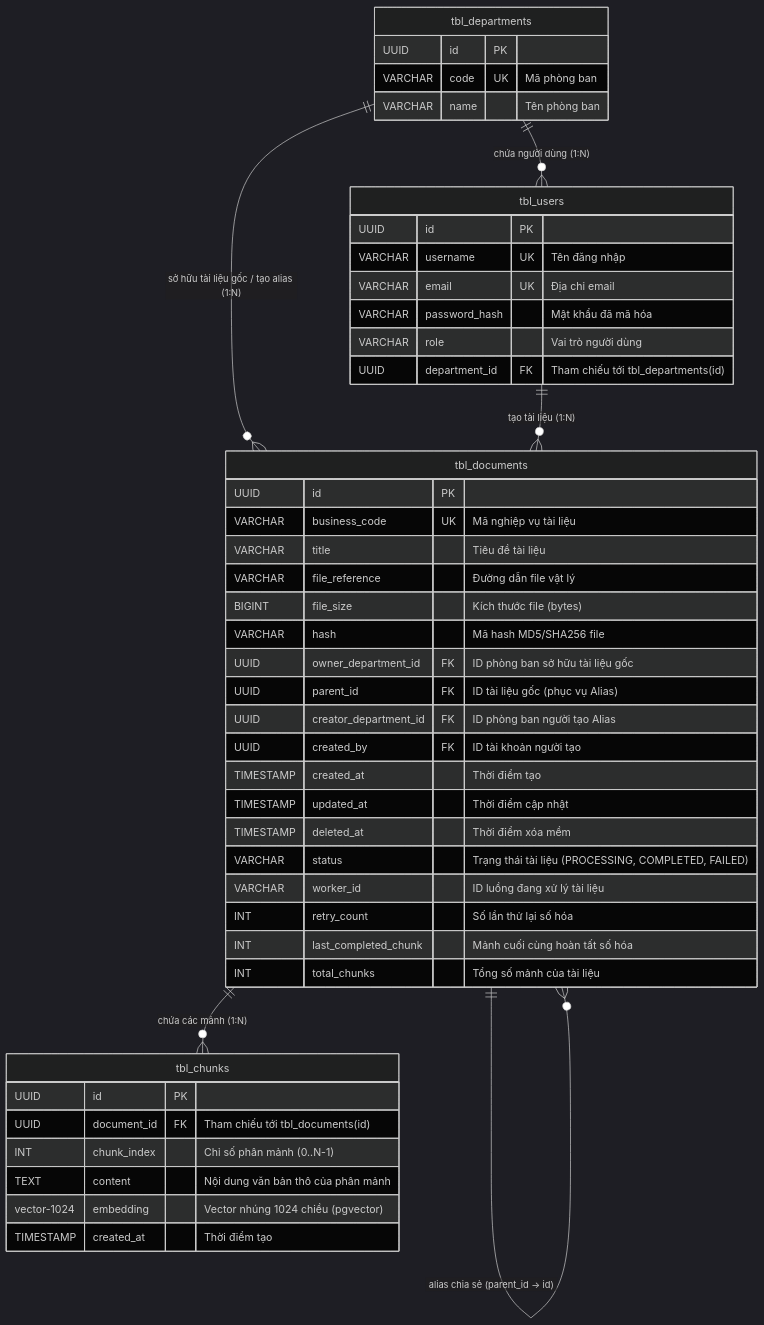
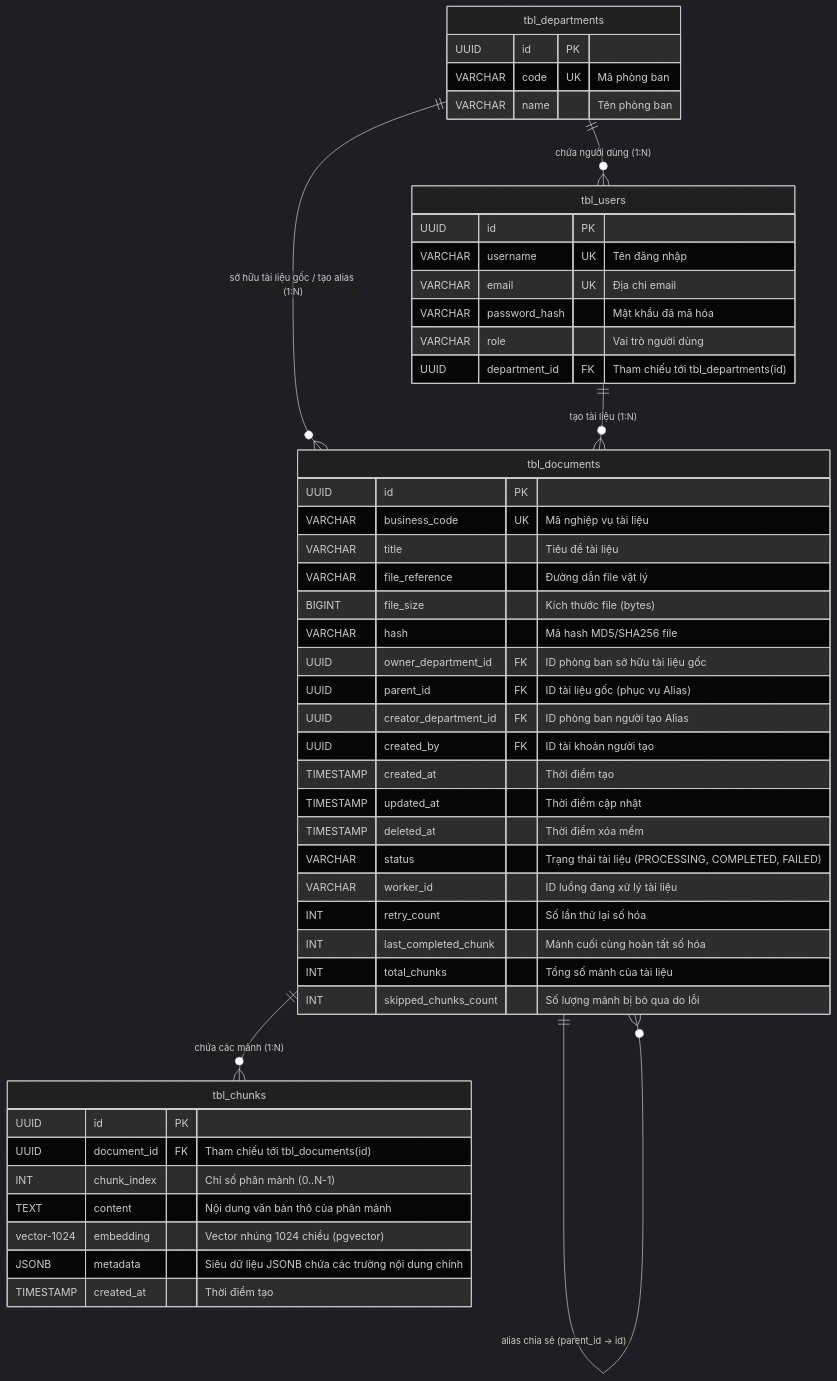
The fifth of 5 diagrams in eap/docs/week4/DetailedDesign.md (thanhhuong1523/enterprise-ai-systems), drawn with Mermaid (dark theme) before and after one commit. The commit also changed other lines of this file and 87 other files, not shown here.

````diff
--- a/eap/docs/week4/DetailedDesign.md
+++ b/eap/docs/week4/DetailedDesign.md
@@ -249,53 +289,55 @@
 ```mermaid
 erDiagram
     tbl_departments {
         UUID id PK
         VARCHAR code UK "Mã phòng ban"
         VARCHAR name "Tên phòng ban"
     }
 
     tbl_users {
         UUID id PK
         VARCHAR username UK "Tên đăng nhập"
         VARCHAR email UK "Địa chỉ email"
         VARCHAR password_hash "Mật khẩu đã mã hóa"
         VARCHAR role "Vai trò người dùng"
         UUID department_id FK "Tham chiếu tới tbl_departments(id)"
     }
 
     tbl_documents {
         UUID id PK
         VARCHAR business_code UK "Mã nghiệp vụ tài liệu"
         VARCHAR title "Tiêu đề tài liệu"
         VARCHAR file_reference "Đường dẫn file vật lý"
         BIGINT file_size "Kích thước file (bytes)"
         VARCHAR hash "Mã hash MD5/SHA256 file"
         UUID owner_department_id FK "ID phòng ban sở hữu tài liệu gốc"
         UUID parent_id FK "ID tài liệu gốc (phục vụ Alias)"
         UUID creator_department_id FK "ID phòng ban người tạo Alias"
         UUID created_by FK "ID tài khoản người tạo"
         TIMESTAMP created_at "Thời điểm tạo"
         TIMESTAMP updated_at "Thời điểm cập nhật"
         TIMESTAMP deleted_at "Thời điểm xóa mềm"
         VARCHAR status "Trạng thái tài liệu (PROCESSING, COMPLETED, FAILED)"
         VARCHAR worker_id "ID luồng đang xử lý tài liệu"
         INT retry_count "Số lần thử lại số hóa"
         INT last_completed_chunk "Mảnh cuối cùng hoàn tất số hóa"
         INT total_chunks "Tổng số mảnh của tài liệu"
+        INT skipped_chunks_count "Số lượng mảnh bị bỏ qua do lỗi"
     }
 
     tbl_chunks {
         UUID id PK
         UUID document_id FK "Tham chiếu tới tbl_documents(id)"
         INT chunk_index "Chỉ số phân mảnh (0..N-1)"
         TEXT content "Nội dung văn bản thô của phân mảnh"
         vector-1024 embedding "Vector nhúng 1024 chiều (pgvector)"
+        JSONB metadata "Siêu dữ liệu JSONB chứa các trường nội dung chính"
         TIMESTAMP created_at "Thời điểm tạo"
     }
 
     tbl_departments ||--o{ tbl_users : "chứa người dùng (1:N)"
     tbl_departments ||--o{ tbl_documents : "sở hữu tài liệu gốc / tạo alias (1:N)"
     tbl_users ||--o{ tbl_documents : "tạo tài liệu (1:N)"
     tbl_documents ||--o{ tbl_chunks : "chứa các mảnh (1:N)"
     tbl_documents ||--o{ tbl_documents : "alias chia sẻ (parent_id -> id)"
 ```
````
